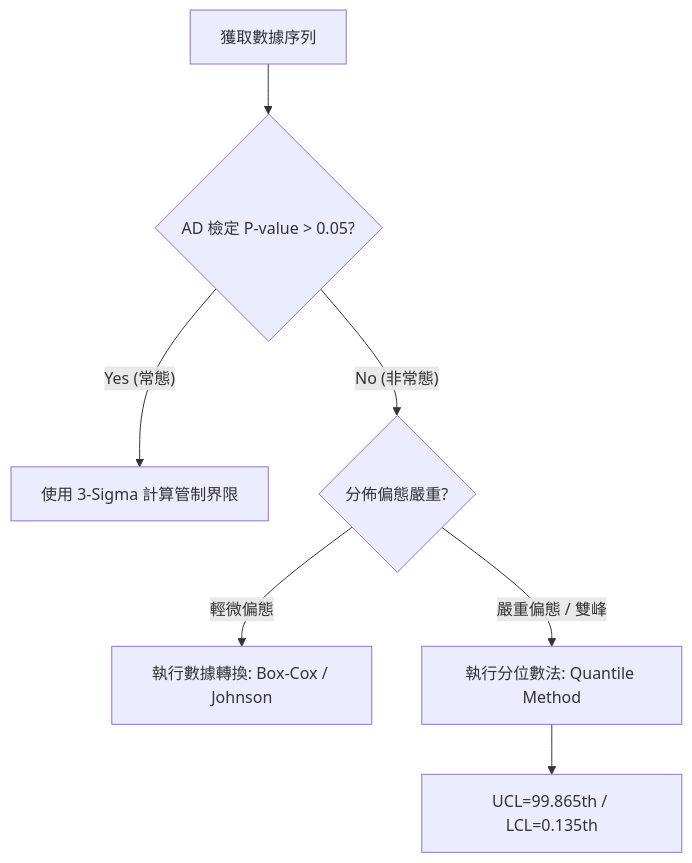
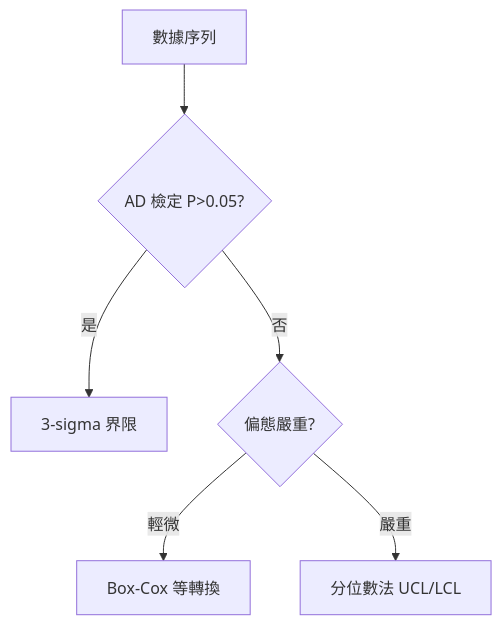
Before and after one commit to LonelyYeezhiChicken/chicken-personal: the diagram in docs/spc/engine/advanced-calculation.md, drawn with Mermaid. The commit also changed other lines of this file and 25 other files, not shown here.

````diff
--- a/docs/spc/engine/advanced-calculation.md
+++ b/docs/spc/engine/advanced-calculation.md
@@ -18,9 +22,8 @@
 ```mermaid
 flowchart TD
-    Data[獲取數據序列] --> Test{AD 檢定 P-value > 0.05?}
-    Test -- "Yes (常態)" --> Standard[使用 3-Sigma 計算管制界限]
-    Test -- "No (非常態)" --> CheckShape{分佈偏態嚴重?}
-    CheckShape -- "輕微偏態" --> BoxCox[執行數據轉換: Box-Cox / Johnson]
-    CheckShape -- "嚴重偏態 / 雙峰" --> Quantile[執行分位數法: Quantile Method]
-    Quantile --> Result[UCL=99.865th / LCL=0.135th]
+  Data[數據序列] --> AD{AD 檢定 P>0.05?}
+  AD -->|是| Sigma[3-sigma 界限]
+  AD -->|否| Shape{偏態嚴重?}
+  Shape -->|輕微| Transform[Box-Cox 等轉換]
+  Shape -->|嚴重| Quantile[分位數法 UCL/LCL]
 ```
````
